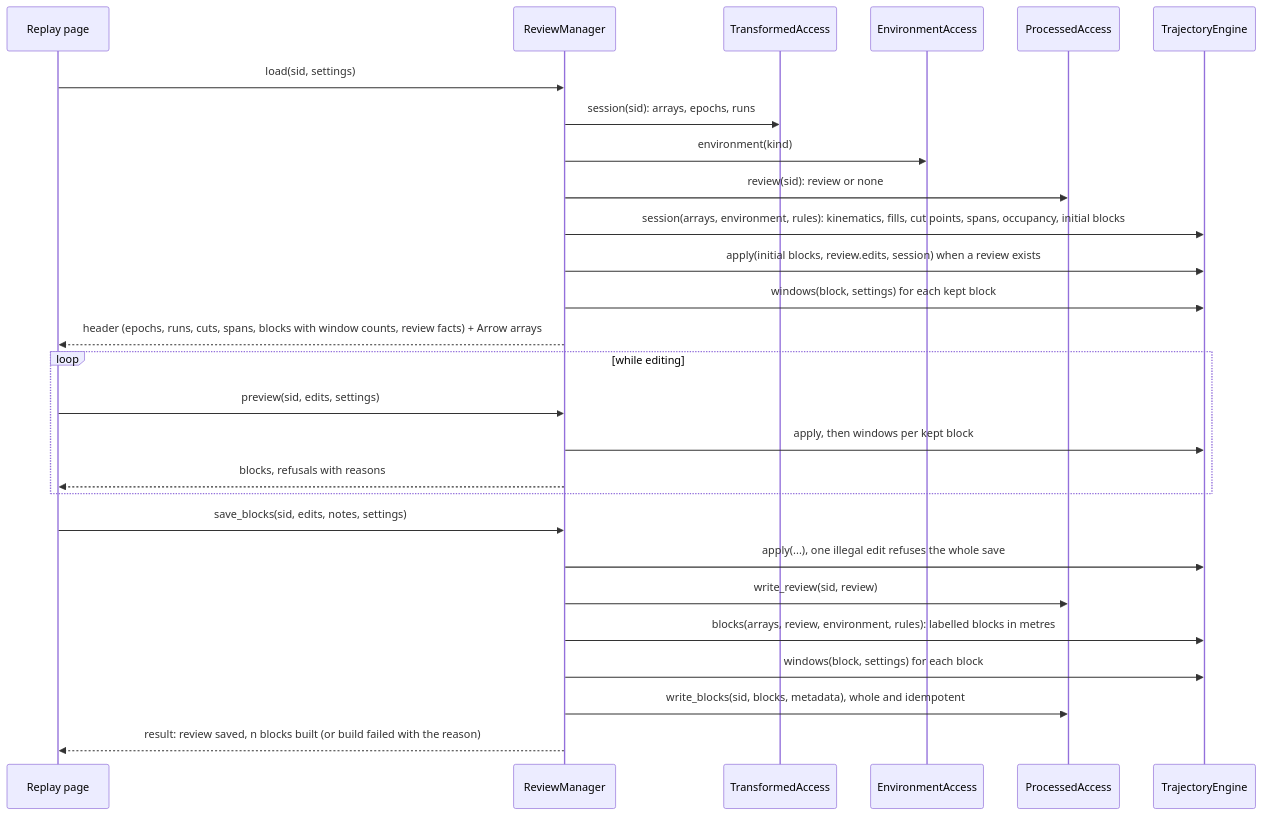
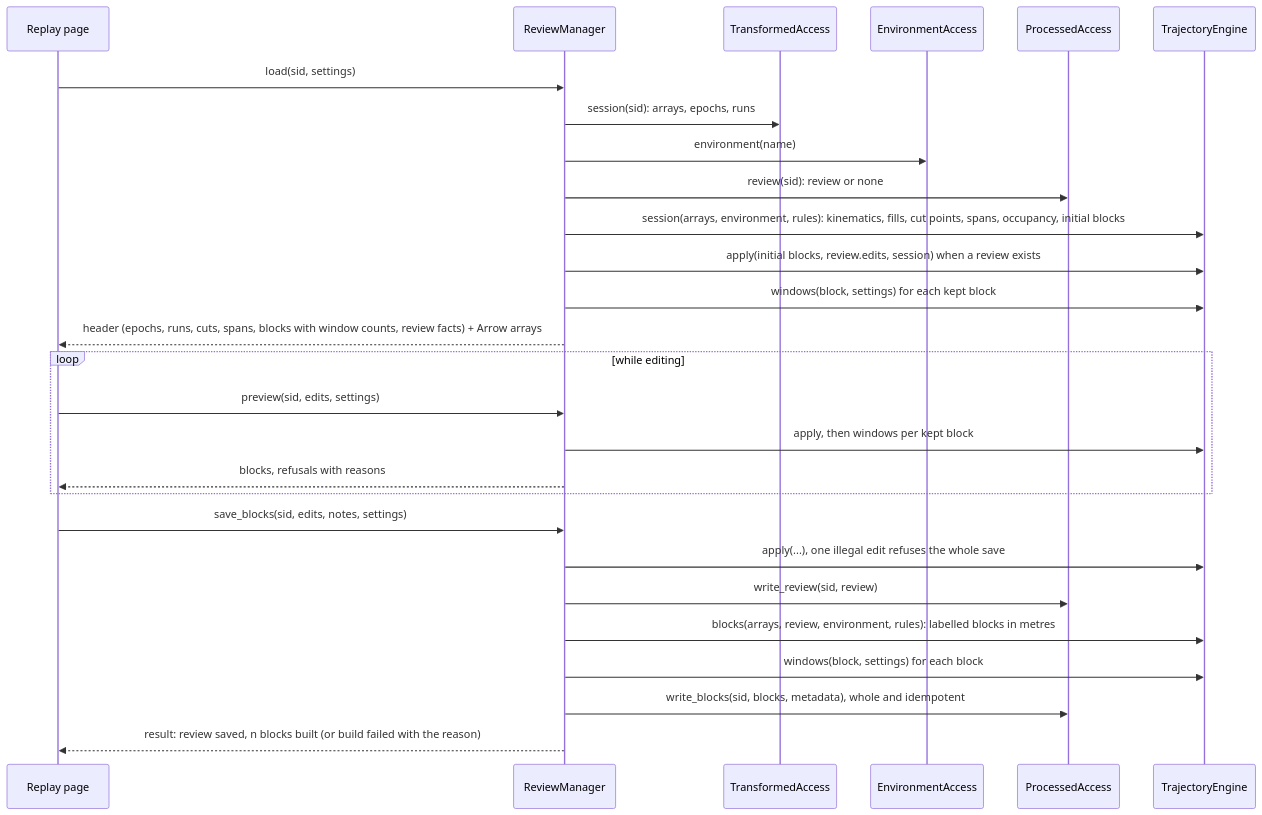
Before and after one commit to kshannon/axis-of-travel-rnn: the second of 5 diagrams in ratreplay/docs/architecture.md, drawn with Mermaid. The commit also changed other lines of this file and 6 other files, not shown here.

````diff
--- a/ratreplay/docs/architecture.md
+++ b/ratreplay/docs/architecture.md
@@ -234,29 +240,29 @@
 ```mermaid
 sequenceDiagram
     participant P as Replay page
     participant RM as ReviewManager
     participant TA as TransformedAccess
     participant EA as EnvironmentAccess
     participant PA as ProcessedAccess
     participant TE as TrajectoryEngine
     P->>RM: load(sid, settings)
     RM->>TA: session(sid): arrays, epochs, runs
-    RM->>EA: environment(kind)
+    RM->>EA: environment(name)
     RM->>PA: review(sid): review or none
     RM->>TE: session(arrays, environment, rules): kinematics, fills, cut points, spans, occupancy, initial blocks
     RM->>TE: apply(initial blocks, review.edits, session) when a review exists
     RM->>TE: windows(block, settings) for each kept block
     RM-->>P: header (epochs, runs, cuts, spans, blocks with window counts, review facts) + Arrow arrays
     loop while editing
         P->>RM: preview(sid, edits, settings)
         RM->>TE: apply, then windows per kept block
         RM-->>P: blocks, refusals with reasons
     end
     P->>RM: save_blocks(sid, edits, notes, settings)
     RM->>TE: apply(...), one illegal edit refuses the whole save
     RM->>PA: write_review(sid, review)
     RM->>TE: blocks(arrays, review, environment, rules): labelled blocks in metres
     RM->>TE: windows(block, settings) for each block
     RM->>PA: write_blocks(sid, blocks, metadata), whole and idempotent
     RM-->>P: result: review saved, n blocks built (or build failed with the reason)
 ```
````
